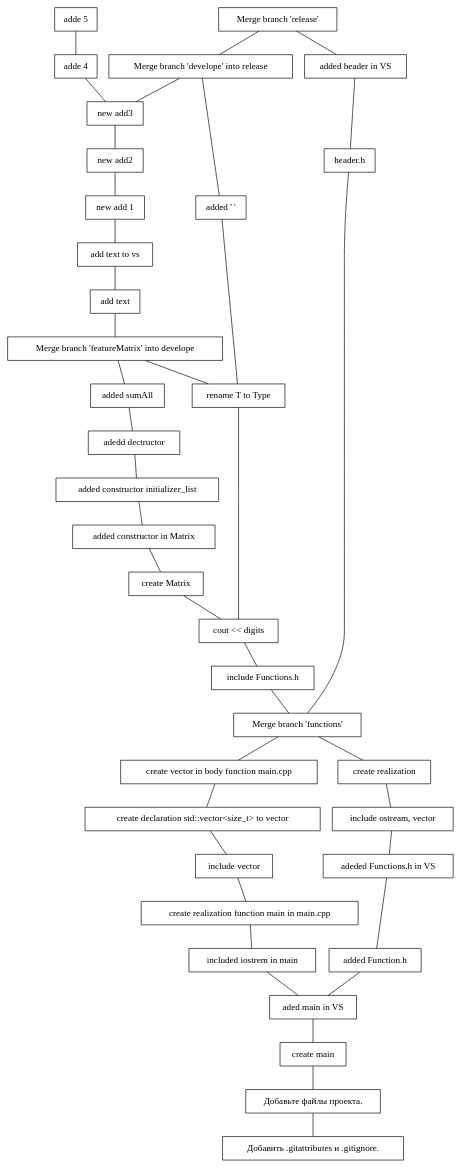
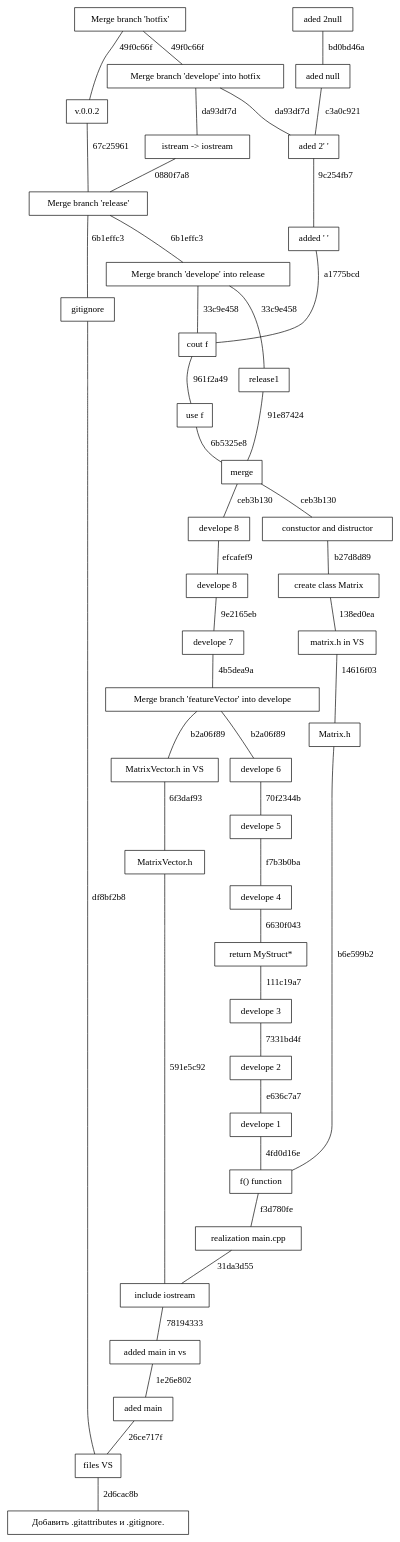
Before and after one commit to S0IG0/5-homework: the diagram in graph/graph.gv, drawn with Graphviz. The commit also changed 2 other files, not shown here.

```diff
--- a/graph/graph.gv
+++ b/graph/graph.gv
@@ -1,76 +1,87 @@
 graph {
+	graph [layout=dot]
 	node [shape=box]
-	"00e13d7b955511127e58c883bc64ac4e03c12113" [label="rename T to Type"]
-	"00e13d7b955511127e58c883bc64ac4e03c12113" -- ea7186751fa71c5abf6ebd6f4b42efda3c473fdd
-	"056b946f8e31d4490440241150300b415730076f" [label="added header in VS"]
-	"056b946f8e31d4490440241150300b415730076f" -- "5afbe64c0000ab9d851cbc950dc56003291c4f22"
-	"067cc55987229aed7b929996809aa24b5f32292a" [label="add text to vs"]
-	"067cc55987229aed7b929996809aa24b5f32292a" -- "84ba20bc6c88c2ce9d004546e0718dfbf535c4ff"
-	"0de64fca22b1385d521880e7f0a56ef398a381be" [label="new add 1"]
-	"0de64fca22b1385d521880e7f0a56ef398a381be" -- "067cc55987229aed7b929996809aa24b5f32292a"
-	"11eb016bbb2b899ccda55763d45cb2640a4217b7" [label="adeded Functions.h in VS"]
-	"11eb016bbb2b899ccda55763d45cb2640a4217b7" -- ae06866a12cc58b2ea5f48822bad35ddfed3c18e
-	"139e1b253cd80f4fe6897138c1032116eee51e6e" [label="include ostream, vector"]
-	"139e1b253cd80f4fe6897138c1032116eee51e6e" -- "11eb016bbb2b899ccda55763d45cb2640a4217b7"
-	"1dfeafc69f85baa83fb0d594ebb0d716b79d5a81" [label="new add3"]
-	"1dfeafc69f85baa83fb0d594ebb0d716b79d5a81" -- "3ca598dc118d3bc5bc34349913890f5e76651d89"
-	"233169f990e48b2571b3f8292c801ce2a2cddf79" [label="added constructor initializer_list"]
-	"233169f990e48b2571b3f8292c801ce2a2cddf79" -- aec15e19642ab2b88ab49982bdb1075e7f688bcc
-	"25bba1463d7be9b9f9aefb838d999d188bb00f36" [label="create declaration std::vector<size_t> to vector"]
-	"25bba1463d7be9b9f9aefb838d999d188bb00f36" -- ee39307bc7a8d56765fbb487b18448415377dc87
-	"315c8bae6eb9e09ecba8a7ea7273483ffe981596" [label="adedd dectructor"]
-	"315c8bae6eb9e09ecba8a7ea7273483ffe981596" -- "233169f990e48b2571b3f8292c801ce2a2cddf79"
-	"3ca598dc118d3bc5bc34349913890f5e76651d89" [label="new add2"]
-	"3ca598dc118d3bc5bc34349913890f5e76651d89" -- "0de64fca22b1385d521880e7f0a56ef398a381be"
-	"3e3b2e604a1f34c22db45174657a37a72b211f07" [label="include Functions.h"]
-	"3e3b2e604a1f34c22db45174657a37a72b211f07" -- f3e1f1fd5788c39af4a5ee0d524449849ae96fd2
-	"3f024c0e5ac024c006166754b0c503bd042d2e40" [label="added ' '"]
-	"3f024c0e5ac024c006166754b0c503bd042d2e40" -- "00e13d7b955511127e58c883bc64ac4e03c12113"
-	"42ee059ffaa61e5b6414aef5fa264945bf5f55dc" [label="create main"]
-	"42ee059ffaa61e5b6414aef5fa264945bf5f55dc" -- "9af2328049f6a50f3895caf9866ba254191cb8d0"
-	"4acb5862208fbe62705622b9f337c8e92fb6af51" [label="create vector in body function main.cpp"]
-	"4acb5862208fbe62705622b9f337c8e92fb6af51" -- "25bba1463d7be9b9f9aefb838d999d188bb00f36"
-	"5afbe64c0000ab9d851cbc950dc56003291c4f22" [label="header.h"]
-	"5afbe64c0000ab9d851cbc950dc56003291c4f22" -- f3e1f1fd5788c39af4a5ee0d524449849ae96fd2
-	"5c5d8e592cb66428e31baa2978e7d35b0dd9c5e4" [label="create realization function main in main.cpp"]
-	"5c5d8e592cb66428e31baa2978e7d35b0dd9c5e4" -- d0695827f1af192c82d4ebed83a2276f3394209c
-	"77e8fe3b2ca3c921006b236ecbfa2015f8be51b0" [label="added sumAll"]
-	"77e8fe3b2ca3c921006b236ecbfa2015f8be51b0" -- "315c8bae6eb9e09ecba8a7ea7273483ffe981596"
-	"84ba20bc6c88c2ce9d004546e0718dfbf535c4ff" [label="add text"]
-	"84ba20bc6c88c2ce9d004546e0718dfbf535c4ff" -- ebf37e45b7c63384b65c99c903a042568c2386c7
-	"8a3664e048eade4443a5a7e8fc718d51ef6381ea" [label="aded main in VS"]
-	"8a3664e048eade4443a5a7e8fc718d51ef6381ea" -- "42ee059ffaa61e5b6414aef5fa264945bf5f55dc"
-	"91ddb6501e0f4fe3cde4a73d7a903ce880a191da" [label="Merge branch 'develope' into release"]
-	"91ddb6501e0f4fe3cde4a73d7a903ce880a191da" -- "3f024c0e5ac024c006166754b0c503bd042d2e40"
-	"91ddb6501e0f4fe3cde4a73d7a903ce880a191da" -- "1dfeafc69f85baa83fb0d594ebb0d716b79d5a81"
-	"9af2328049f6a50f3895caf9866ba254191cb8d0" [label="Добавьте файлы проекта."]
-	"9af2328049f6a50f3895caf9866ba254191cb8d0" -- db8c516d97046750f24027a20e7716649dab83bd
-	"9cf6546943135d9cded8548f3274ec6801f3a280" [label="create Matrix"]
-	"9cf6546943135d9cded8548f3274ec6801f3a280" -- ea7186751fa71c5abf6ebd6f4b42efda3c473fdd
-	"9deefd85723ed1051f5256bbb8feeb8345418737" [label="create realization"]
-	"9deefd85723ed1051f5256bbb8feeb8345418737" -- "139e1b253cd80f4fe6897138c1032116eee51e6e"
-	ae06866a12cc58b2ea5f48822bad35ddfed3c18e [label="added Function.h"]
-	ae06866a12cc58b2ea5f48822bad35ddfed3c18e -- "8a3664e048eade4443a5a7e8fc718d51ef6381ea"
-	aec15e19642ab2b88ab49982bdb1075e7f688bcc [label="added constructor in Matrix"]
-	aec15e19642ab2b88ab49982bdb1075e7f688bcc -- "9cf6546943135d9cded8548f3274ec6801f3a280"
-	affe6a724ebc1edbf05b6caeef61a26dd3516de0 [label="adde 5"]
-	affe6a724ebc1edbf05b6caeef61a26dd3516de0 -- fbf778cbcf460eb25ee3ab6c645bf7ae6ff755c9
-	d0695827f1af192c82d4ebed83a2276f3394209c [label="included iostrem in main"]
-	d0695827f1af192c82d4ebed83a2276f3394209c -- "8a3664e048eade4443a5a7e8fc718d51ef6381ea"
-	db8c516d97046750f24027a20e7716649dab83bd [label="Добавить .gitattributes и .gitignore."]
-	ea7186751fa71c5abf6ebd6f4b42efda3c473fdd [label="cout << digits"]
-	ea7186751fa71c5abf6ebd6f4b42efda3c473fdd -- "3e3b2e604a1f34c22db45174657a37a72b211f07"
-	ebf37e45b7c63384b65c99c903a042568c2386c7 [label="Merge branch 'featureMatrix' into develope"]
-	ebf37e45b7c63384b65c99c903a042568c2386c7 -- "00e13d7b955511127e58c883bc64ac4e03c12113"
-	ebf37e45b7c63384b65c99c903a042568c2386c7 -- "77e8fe3b2ca3c921006b236ecbfa2015f8be51b0"
-	ecf3be28d68a0ec783d88732b774eb2b9ca614d8 [label="Merge branch 'release'"]
-	ecf3be28d68a0ec783d88732b774eb2b9ca614d8 -- "056b946f8e31d4490440241150300b415730076f"
-	ecf3be28d68a0ec783d88732b774eb2b9ca614d8 -- "91ddb6501e0f4fe3cde4a73d7a903ce880a191da"
-	ee39307bc7a8d56765fbb487b18448415377dc87 [label="include vector"]
-	ee39307bc7a8d56765fbb487b18448415377dc87 -- "5c5d8e592cb66428e31baa2978e7d35b0dd9c5e4"
-	f3e1f1fd5788c39af4a5ee0d524449849ae96fd2 [label="Merge branch 'functions'"]
-	f3e1f1fd5788c39af4a5ee0d524449849ae96fd2 -- "4acb5862208fbe62705622b9f337c8e92fb6af51"
-	f3e1f1fd5788c39af4a5ee0d524449849ae96fd2 -- "9deefd85723ed1051f5256bbb8feeb8345418737"
-	fbf778cbcf460eb25ee3ab6c645bf7ae6ff755c9 [label="adde 4"]
-	fbf778cbcf460eb25ee3ab6c645bf7ae6ff755c9 -- "1dfeafc69f85baa83fb0d594ebb0d716b79d5a81"
+	"01df682a9b83d4693848d9a408e0fc644bee233b" [label="Добавить .gitattributes и .gitignore."]
+	"0880f7a8bf7073de4fe681294b436686d4280de4" [label="istream -> iostream"]
+	"0880f7a8bf7073de4fe681294b436686d4280de4" -- "6b1effc3d769c3750d07581713e08ea5d59d41ac" [label="0880f7a8"]
+	"111c19a77fc829dc62eac3a6de2d5638cbaa3c59" [label="return MyStruct*"]
+	"111c19a77fc829dc62eac3a6de2d5638cbaa3c59" -- "7331bd4f434edcd340dd16b60d531eee78e90281" [label="111c19a7"]
+	"138ed0ea4796b4c3c4758d960d49dac6086bfc33" [label="create class Matrix"]
+	"138ed0ea4796b4c3c4758d960d49dac6086bfc33" -- "14616f0395153ac5d549c70680055b60ecfcb15c" [label="138ed0ea"]
+	"14616f0395153ac5d549c70680055b60ecfcb15c" [label="matrix.h in VS"]
+	"14616f0395153ac5d549c70680055b60ecfcb15c" -- b6e599b20055b326ef4d1b8a09d8f7c282ca738f [label="14616f03"]
+	"1e26e80232367f5733303097b0d9b9c1ac9dfad3" [label="added main in vs"]
+	"1e26e80232367f5733303097b0d9b9c1ac9dfad3" -- "26ce717f0d61e35fa838fa6849d761c181e1b7ff" [label="1e26e802"]
+	"26ce717f0d61e35fa838fa6849d761c181e1b7ff" [label="aded main"]
+	"26ce717f0d61e35fa838fa6849d761c181e1b7ff" -- "2d6cac8bc1b53e205ef0e63a00ca0cba5d4b75e5" [label="26ce717f"]
+	"2d6cac8bc1b53e205ef0e63a00ca0cba5d4b75e5" [label="files VS"]
+	"2d6cac8bc1b53e205ef0e63a00ca0cba5d4b75e5" -- "01df682a9b83d4693848d9a408e0fc644bee233b" [label="2d6cac8b"]
+	"31da3d553d1666c63f3387624b5e130286cf4d98" [label="realization main.cpp"]
+	"31da3d553d1666c63f3387624b5e130286cf4d98" -- "781943338c37ef1fd36c257c555a0523b6528341" [label="31da3d55"]
+	"33c9e4583986b30c8e8ffbe0a73c9db352e1d513" [label="Merge branch 'develope' into release"]
+	"33c9e4583986b30c8e8ffbe0a73c9db352e1d513" -- "91e87424a89c09705e4432dc590d256c82c82230" [label="33c9e458"]
+	"33c9e4583986b30c8e8ffbe0a73c9db352e1d513" -- "961f2a49b79d0c066ccb6c4fc1da8b7158f030b9" [label="33c9e458"]
+	"49f0c66f8562535c481b9a58fc00edef2f11902d" [label="Merge branch 'hotfix'"]
+	"49f0c66f8562535c481b9a58fc00edef2f11902d" -- "67c25961ce1f090f46f6fb6f9914d80286723df6" [label="49f0c66f"]
+	"49f0c66f8562535c481b9a58fc00edef2f11902d" -- da93df7d6870e3ef5e679af8be06eab36f673950 [label="49f0c66f"]
+	"4b5dea9abbd3180ddfa01af69b741c65ead35c77" [label="develope 7"]
+	"4b5dea9abbd3180ddfa01af69b741c65ead35c77" -- b2a06f89275f88bf321809b5c4588f4ea20bb508 [label="4b5dea9a"]
+	"4fd0d16e8f41dd1a2849f4c7834a4585464a3244" [label="develope 1"]
+	"4fd0d16e8f41dd1a2849f4c7834a4585464a3244" -- f3d780fee52c404c40615ab2d1041fc5557d978f [label="4fd0d16e"]
+	"591e5c92ac40342676ab74ee5eda19d8d0706b4a" [label="MatrixVector.h"]
+	"591e5c92ac40342676ab74ee5eda19d8d0706b4a" -- "781943338c37ef1fd36c257c555a0523b6528341" [label="591e5c92"]
+	"6630f043c9a0bbd442aa115161aeb95860bd1cd6" [label="develope 4"]
+	"6630f043c9a0bbd442aa115161aeb95860bd1cd6" -- "111c19a77fc829dc62eac3a6de2d5638cbaa3c59" [label="6630f043"]
+	"67c25961ce1f090f46f6fb6f9914d80286723df6" [label="v.0.0.2"]
+	"67c25961ce1f090f46f6fb6f9914d80286723df6" -- "6b1effc3d769c3750d07581713e08ea5d59d41ac" [label="67c25961"]
+	"6b1effc3d769c3750d07581713e08ea5d59d41ac" [label="Merge branch 'release'"]
+	"6b1effc3d769c3750d07581713e08ea5d59d41ac" -- df8bf2b88d3b08f752c952622987d31c4f4aeb21 [label="6b1effc3"]
+	"6b1effc3d769c3750d07581713e08ea5d59d41ac" -- "33c9e4583986b30c8e8ffbe0a73c9db352e1d513" [label="6b1effc3"]
+	"6b5325e844b9018a71cfa413df1c2b2c0485a669" [label="use f"]
+	"6b5325e844b9018a71cfa413df1c2b2c0485a669" -- ceb3b1304bb3bc08e14a957abac79dd5e8012b93 [label="6b5325e8"]
+	"6f3daf93c409f79d43458b174c8ba033b74109bc" [label="MatrixVector.h in VS"]
+	"6f3daf93c409f79d43458b174c8ba033b74109bc" -- "591e5c92ac40342676ab74ee5eda19d8d0706b4a" [label="6f3daf93"]
+	"70f2344b4165e56591e351e0f787d43a678c3f4a" [label="develope 6"]
+	"70f2344b4165e56591e351e0f787d43a678c3f4a" -- f7b3b0ba3fc5df0e7f1222300d390737b6d0a634 [label="70f2344b"]
+	"7331bd4f434edcd340dd16b60d531eee78e90281" [label="develope 3"]
+	"7331bd4f434edcd340dd16b60d531eee78e90281" -- e636c7a746018c85b65de9b8a2efe178f939f4b2 [label="7331bd4f"]
+	"781943338c37ef1fd36c257c555a0523b6528341" [label="include iostream"]
+	"781943338c37ef1fd36c257c555a0523b6528341" -- "1e26e80232367f5733303097b0d9b9c1ac9dfad3" [label=78194333]
+	"91e87424a89c09705e4432dc590d256c82c82230" [label=release1]
+	"91e87424a89c09705e4432dc590d256c82c82230" -- ceb3b1304bb3bc08e14a957abac79dd5e8012b93 [label="91e87424"]
+	"961f2a49b79d0c066ccb6c4fc1da8b7158f030b9" [label="cout f"]
+	"961f2a49b79d0c066ccb6c4fc1da8b7158f030b9" -- "6b5325e844b9018a71cfa413df1c2b2c0485a669" [label="961f2a49"]
+	"9c254fb75fb767fa35e472f2b1349634f63a6c64" [label="aded 2' '"]
+	"9c254fb75fb767fa35e472f2b1349634f63a6c64" -- a1775bcd75e7ec1cef44bea148176c3581343a59 [label="9c254fb7"]
+	"9e2165ebfcf55e9d8847ba40dfa15b04d8860087" [label="develope 8"]
+	"9e2165ebfcf55e9d8847ba40dfa15b04d8860087" -- "4b5dea9abbd3180ddfa01af69b741c65ead35c77" [label="9e2165eb"]
+	a1775bcd75e7ec1cef44bea148176c3581343a59 [label="added ' '"]
+	a1775bcd75e7ec1cef44bea148176c3581343a59 -- "961f2a49b79d0c066ccb6c4fc1da8b7158f030b9" [label=a1775bcd]
+	b27d8d89956bcc349b6320cd8b6e213f1e012cfc [label="constuctor and distructor"]
+	b27d8d89956bcc349b6320cd8b6e213f1e012cfc -- "138ed0ea4796b4c3c4758d960d49dac6086bfc33" [label=b27d8d89]
+	b2a06f89275f88bf321809b5c4588f4ea20bb508 [label="Merge branch 'featureVector' into develope"]
+	b2a06f89275f88bf321809b5c4588f4ea20bb508 -- "70f2344b4165e56591e351e0f787d43a678c3f4a" [label=b2a06f89]
+	b2a06f89275f88bf321809b5c4588f4ea20bb508 -- "6f3daf93c409f79d43458b174c8ba033b74109bc" [label=b2a06f89]
+	b6e599b20055b326ef4d1b8a09d8f7c282ca738f [label="Matrix.h"]
+	b6e599b20055b326ef4d1b8a09d8f7c282ca738f -- f3d780fee52c404c40615ab2d1041fc5557d978f [label=b6e599b2]
+	bd0bd46a564ef2a4e954ab0348056ea9ea13a720 [label="aded 2null"]
+	bd0bd46a564ef2a4e954ab0348056ea9ea13a720 -- c3a0c921731a84dcc6fc357d72f72b172f68ffb1 [label=bd0bd46a]
+	c3a0c921731a84dcc6fc357d72f72b172f68ffb1 [label="aded null"]
+	c3a0c921731a84dcc6fc357d72f72b172f68ffb1 -- "9c254fb75fb767fa35e472f2b1349634f63a6c64" [label=c3a0c921]
+	ceb3b1304bb3bc08e14a957abac79dd5e8012b93 [label=merge]
+	ceb3b1304bb3bc08e14a957abac79dd5e8012b93 -- efcafef9626e92506d758b003b3b4f702128797d [label=ceb3b130]
+	ceb3b1304bb3bc08e14a957abac79dd5e8012b93 -- b27d8d89956bcc349b6320cd8b6e213f1e012cfc [label=ceb3b130]
+	da93df7d6870e3ef5e679af8be06eab36f673950 [label="Merge branch 'develope' into hotfix"]
+	da93df7d6870e3ef5e679af8be06eab36f673950 -- "0880f7a8bf7073de4fe681294b436686d4280de4" [label=da93df7d]
+	da93df7d6870e3ef5e679af8be06eab36f673950 -- "9c254fb75fb767fa35e472f2b1349634f63a6c64" [label=da93df7d]
+	df8bf2b88d3b08f752c952622987d31c4f4aeb21 [label=gitignore]
+	df8bf2b88d3b08f752c952622987d31c4f4aeb21 -- "2d6cac8bc1b53e205ef0e63a00ca0cba5d4b75e5" [label=df8bf2b8]
+	e636c7a746018c85b65de9b8a2efe178f939f4b2 [label="develope 2"]
+	e636c7a746018c85b65de9b8a2efe178f939f4b2 -- "4fd0d16e8f41dd1a2849f4c7834a4585464a3244" [label=e636c7a7]
+	efcafef9626e92506d758b003b3b4f702128797d [label="develope 8"]
+	efcafef9626e92506d758b003b3b4f702128797d -- "9e2165ebfcf55e9d8847ba40dfa15b04d8860087" [label=efcafef9]
+	f3d780fee52c404c40615ab2d1041fc5557d978f [label="f() function"]
+	f3d780fee52c404c40615ab2d1041fc5557d978f -- "31da3d553d1666c63f3387624b5e130286cf4d98" [label=f3d780fe]
+	f7b3b0ba3fc5df0e7f1222300d390737b6d0a634 [label="develope 5"]
+	f7b3b0ba3fc5df0e7f1222300d390737b6d0a634 -- "6630f043c9a0bbd442aa115161aeb95860bd1cd6" [label=f7b3b0ba]
 }
```
